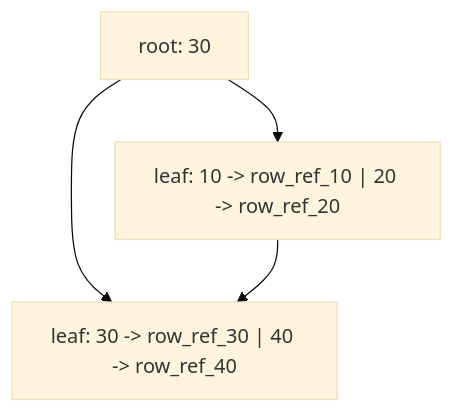
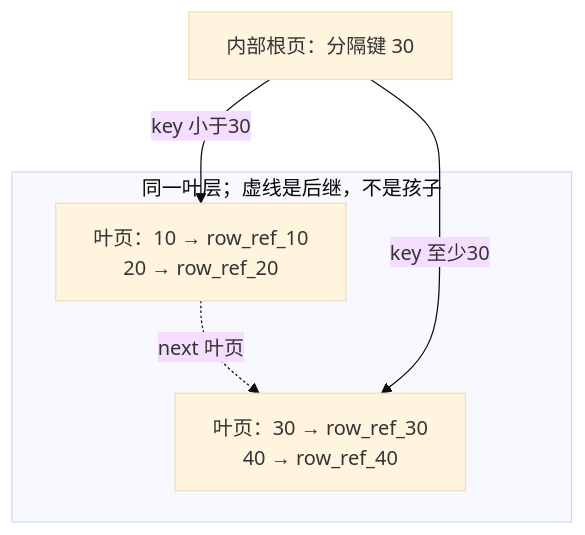
Diagram 21 of 24 in knowledge/linux/data_structures/红黑树_rb-tree/P34_从多路节点到页级索引.md (FormingSystem/linux_note), drawn with Mermaid (base theme) before and after one commit. The commit also changed other lines of this file and 8 other files, not shown here.

````diff
--- a/knowledge/linux/data_structures/红黑树_rb-tree/P34_从多路节点到页级索引.md
+++ b/knowledge/linux/data_structures/红黑树_rb-tree/P34_从多路节点到页级索引.md
@@ -745,12 +926,11 @@
 ```mermaid
-graph TD
-	root["root: 30"]
-
-	leaf_1["leaf: 10 -> row_ref_10 | 20 -> row_ref_20"]
-	leaf_2["leaf: 30 -> row_ref_30 | 40 -> row_ref_40"]
-
-	root --> leaf_1
-	root --> leaf_2
-
-	leaf_1 --> leaf_2
+flowchart TD
+    root["内部根页：分隔键 30"]
+    subgraph leaves["同一叶层；虚线是后继，不是孩子"]
+        leaf_1["叶页：10 → row_ref_10<br/>20 → row_ref_20"]
+        leaf_2["叶页：30 → row_ref_30<br/>40 → row_ref_40"]
+        leaf_1 -. "next 叶页" .-> leaf_2
+    end
+    root -->|"key 小于30"| leaf_1
+    root -->|"key 至少30"| leaf_2
 ```
````
